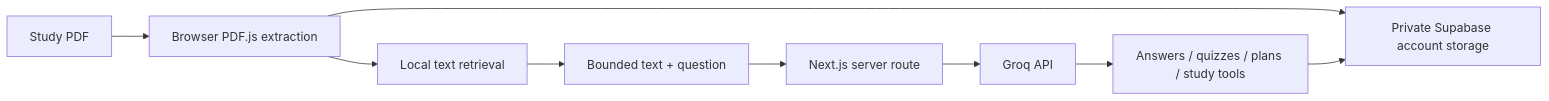
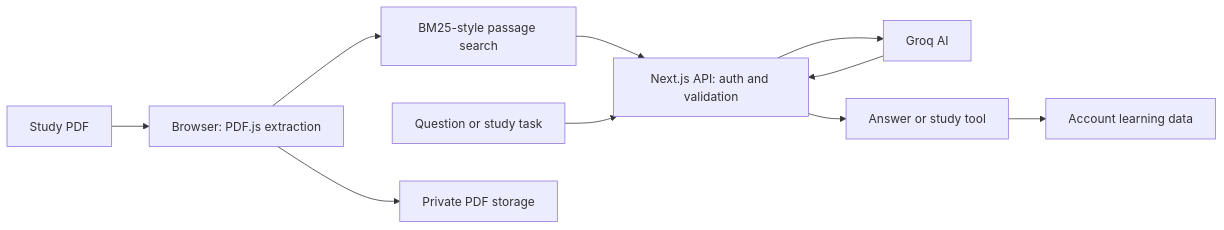
The diagram in README.md (chaitanya9560/Clariqo), drawn with Mermaid before and after one commit. The commit also changed other lines of this file and 7 other files, not shown here.

````diff
--- a/README.md
+++ b/README.md
@@ -35,11 +64,12 @@
 ```mermaid
 flowchart LR
-    PDF[Study PDF] --> Browser[Browser PDF.js extraction]
-    Browser --> Search[Local text retrieval]
-    Browser --> Storage[Private Supabase account storage]
-    Search --> API[Bounded text + question]
-    API --> Server[Next.js server route]
-    Server --> Groq[Groq API]
-    Groq --> Answer[Answers / quizzes / plans / study tools]
-    Answer --> Storage
+    PDF[Study PDF] --> Browser[Browser: PDF.js extraction]
+    Browser --> Retrieval[BM25-style passage search]
+    Retrieval --> API[Next.js API: auth and validation]
+    Question[Question or study task] --> API
+    API --> Groq[Groq AI]
+    Groq --> API
+    API --> UI[Answer or study tool]
+    Browser --> Storage[Private PDF storage]
+    UI --> Saved[Account learning data]
 ```
````
